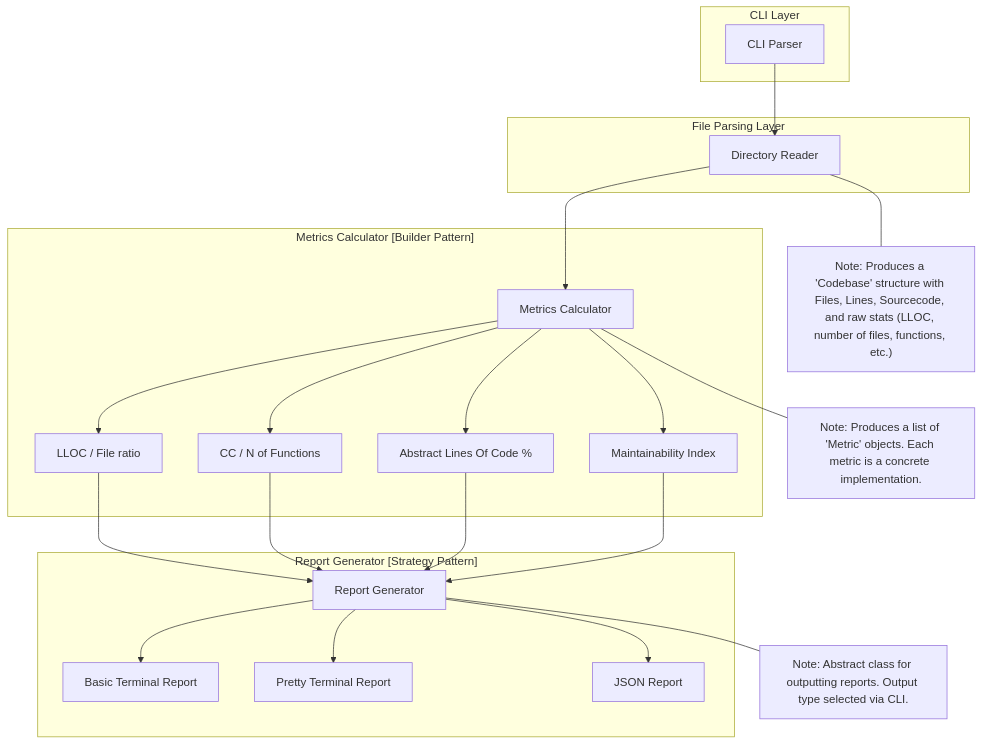
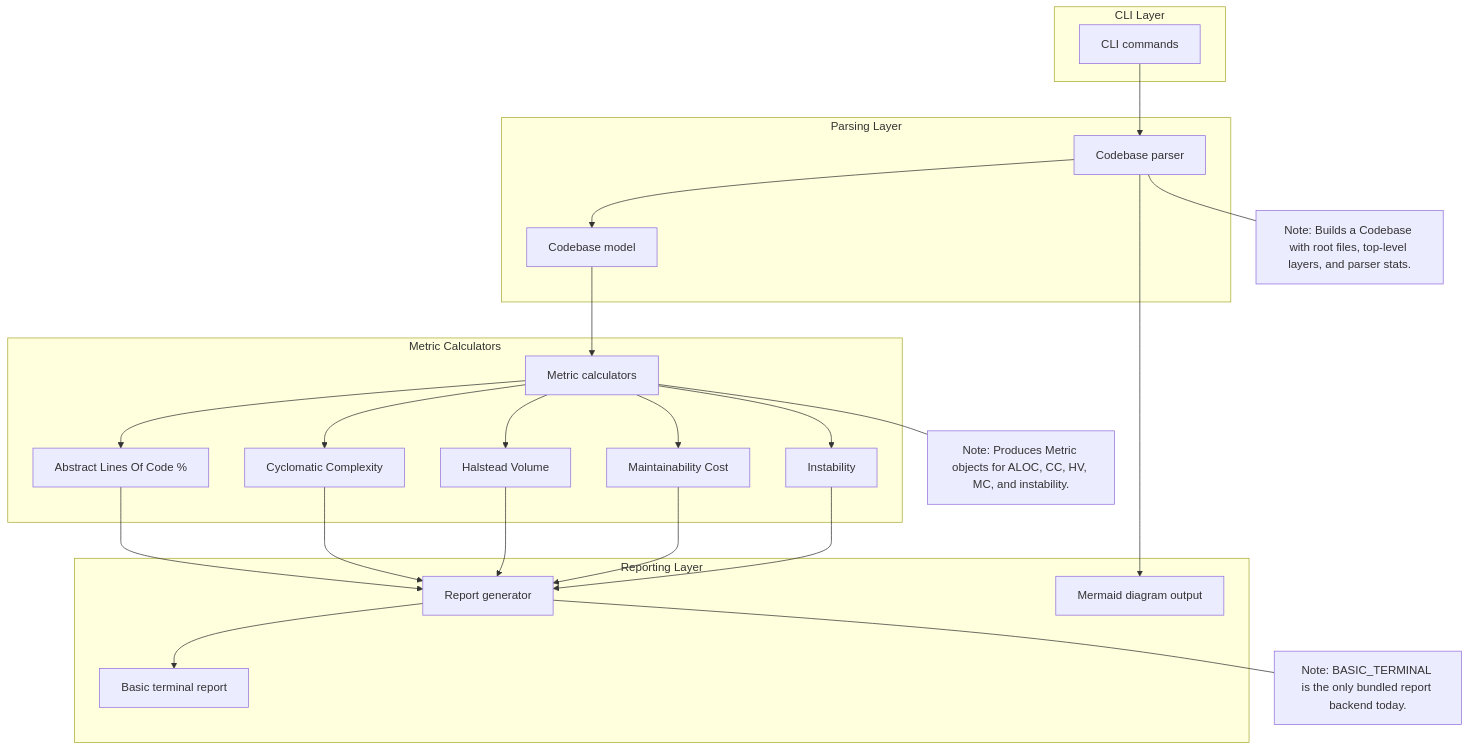
One commit to JuanJFarina/pymetrica changed the diagram in architecture_draft.md. Above: the diagram before and after it, drawn with Mermaid. The commit also changed 13 other files, not shown here.

````diff
--- a/architecture_draft.md
+++ b/architecture_draft.md
@@ -1,52 +1,55 @@
 ```mermaid
 flowchart TD
     subgraph "CLI Layer"
-        CLIParser["CLI Parser"]
+        CLIParser["CLI commands"]
     end
 
-    subgraph "File Parsing Layer"
-        DirReader["Directory Reader"]
+    subgraph "Parsing Layer"
+        DirReader["Codebase parser"]
+        Codebase["Codebase model"]
     end
 
-    subgraph "Metrics Calculator [Builder Pattern]"
-        MetricsCalc["Metrics Calculator"]
-        LLOC["LLOC / File ratio"]
-        CC["CC / N of Functions"]
+    subgraph "Metric Calculators"
+        MetricsCalc["Metric calculators"]
         ALOC["Abstract Lines Of Code %"]
-        MI["Maintainability Index"]
+        CC["Cyclomatic Complexity"]
+        HV["Halstead Volume"]
+        MC["Maintainability Cost"]
+        LI["Instability"]
     end
 
-    subgraph "Report Generator [Strategy Pattern]"
-        ReportGen["Report Generator"]
-        BasicReport["Basic Terminal Report"]
-        PrettyReport["Pretty Terminal Report"]
-        JSONReport["JSON Report"]
+    subgraph "Reporting Layer"
+        ReportGen["Report generator"]
+        BasicReport["Basic terminal report"]
+        Diagram["Mermaid diagram output"]
     end
 
     CLIParser --> DirReader
-    DirReader --> MetricsCalc
+    DirReader --> Codebase
+    Codebase --> MetricsCalc
 
-    MetricsCalc --> LLOC
+    MetricsCalc --> ALOC
     MetricsCalc --> CC
-    MetricsCalc --> ALOC
-    MetricsCalc --> MI
+    MetricsCalc --> HV
+    MetricsCalc --> MC
+    MetricsCalc --> LI
 
-    LLOC --> ReportGen
+    ALOC --> ReportGen
     CC --> ReportGen
-    ALOC --> ReportGen
-    MI --> ReportGen
+    HV --> ReportGen
+    MC --> ReportGen
+    LI --> ReportGen
 
     ReportGen --> BasicReport
-    ReportGen --> PrettyReport
-    ReportGen --> JSONReport
+    DirReader --> Diagram
 
     %% Notes attached to nodes
     DirReader --- NoteCodebase
-    NoteCodebase["Note: Produces a 'Codebase' structure with Files, Lines, Sourcecode, and raw stats (LLOC, number of files, functions, etc.)"]
+    NoteCodebase["Note: Builds a Codebase with root files, top-level layers, and parser stats."]
 
     MetricsCalc --- NoteMetric
-    NoteMetric["Note: Produces a list of 'Metric' objects. Each metric is a concrete implementation."]
+    NoteMetric["Note: Produces Metric objects for ALOC, CC, HV, MC, and instability."]
 
     ReportGen --- NoteReport
-    NoteReport["Note: Abstract class for outputting reports. Output type selected via CLI."]
+    NoteReport["Note: BASIC_TERMINAL is the only bundled report backend today."]
 ```
````
